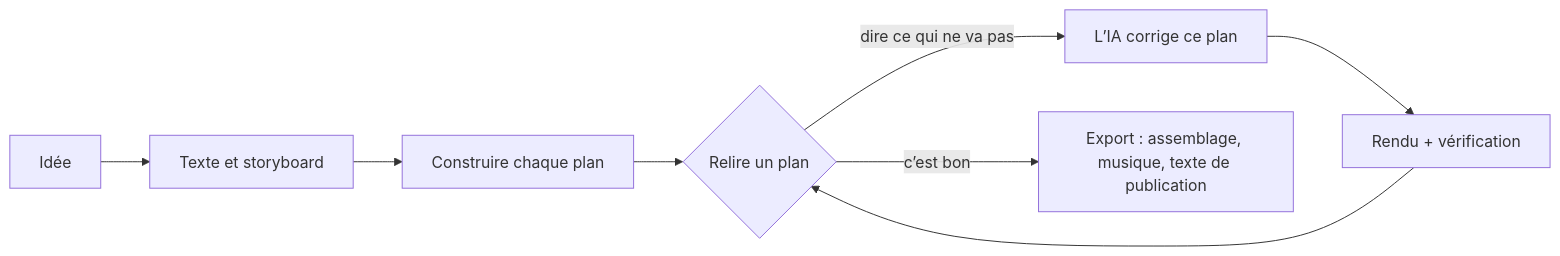
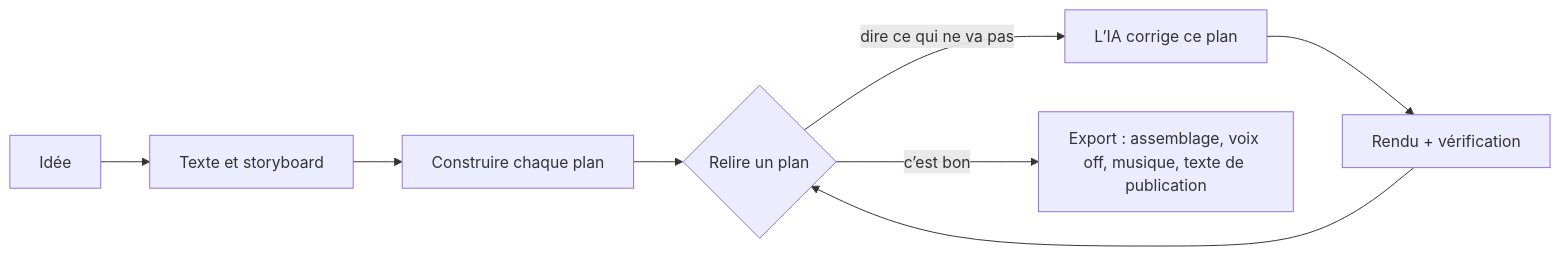
Before and after one commit to chihyungchang/Shotloop: the diagram in README.fr.md, drawn with Mermaid. The commit also changed other lines of this file and 161 other files, not shown here.

````diff
--- a/README.fr.md
+++ b/README.fr.md
@@ -109,8 +109,8 @@
 ```mermaid
 flowchart LR
   A[Idée] --> B[Texte et storyboard]
   B --> C[Construire chaque plan]
   C --> D{Relire un plan}
   D -- "dire ce qui ne va pas" --> E[L’IA corrige ce plan] --> F[Rendu + vérification] --> D
-  D -- c’est bon --> G[Export : assemblage, musique, texte de publication]
+  D -- c’est bon --> G[Export : assemblage, voix off, musique, texte de publication]
 ```
````
